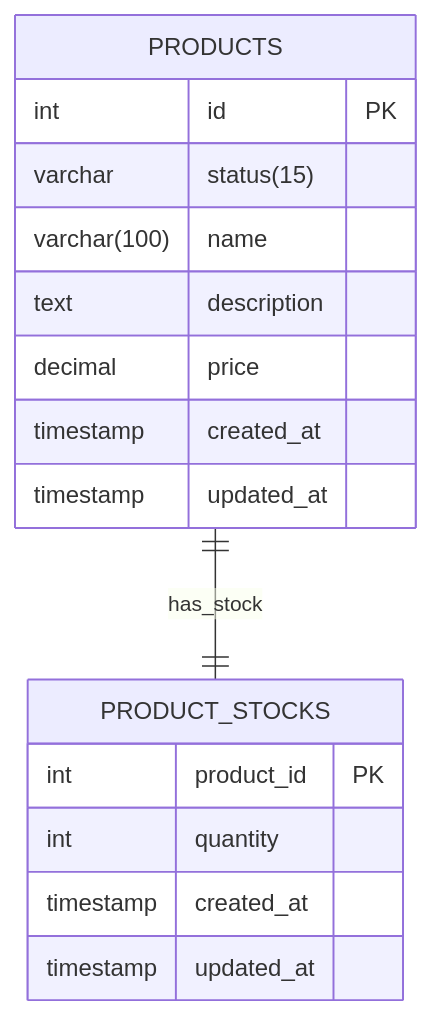
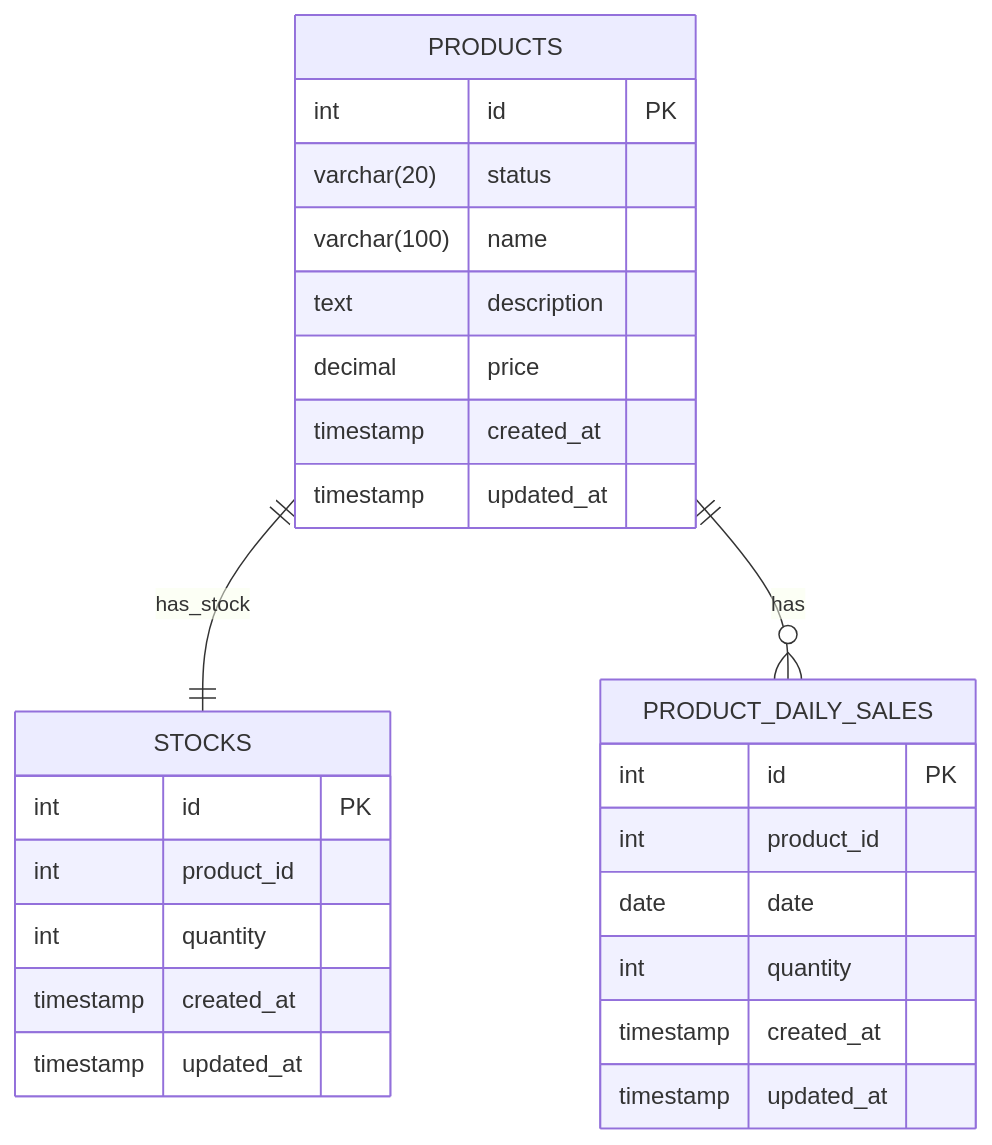
The third of 3 diagrams in docs/specs/product.md (alert-kim/e-commerce), drawn with Mermaid before and after one commit. The commit also changed other lines of this file and 12 other files, not shown here.

````diff
--- a/docs/specs/product.md
+++ b/docs/specs/product.md
@@ -21,19 +62,30 @@
 ```mermaid
 erDiagram
     PRODUCTS {
         int id PK
-        varchar status(15)
+        varchar(20) status
         varchar(100) name
         text description
         decimal price
         timestamp created_at
         timestamp updated_at
     }
-    PRODUCT_STOCKS {
-        int product_id PK
+    STOCKS {
+        int id PK
+        int product_id
         int quantity
         timestamp created_at
         timestamp updated_at
     }
-    PRODUCTS one to one PRODUCT_STOCKS: has_stock
+    PRODUCT_DAILY_SALES {
+        int id PK
+        int product_id
+        date date
+        int quantity
+        timestamp created_at
+        timestamp updated_at
+    }
+
+    PRODUCTS one to one STOCKS : has_stock
+    PRODUCTS one to zero or more PRODUCT_DAILY_SALES : has
 ```
````
